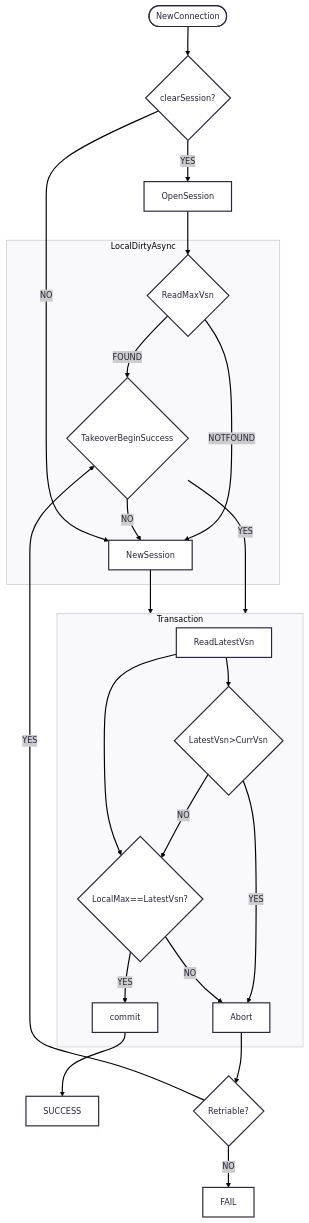
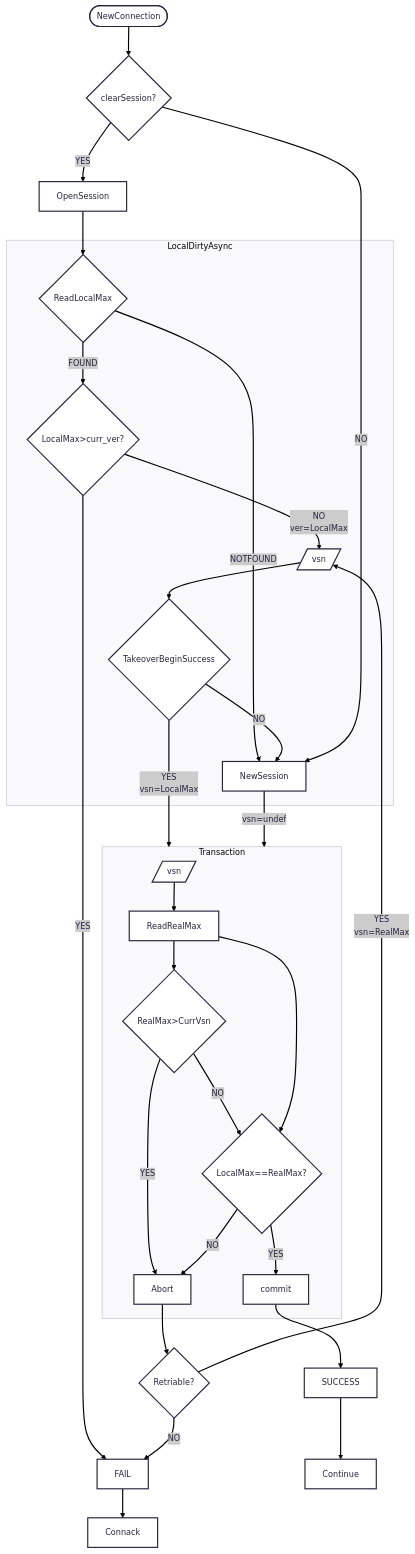
The diagram in active/0030-emqx_linear_channel_registry.md (emqx/eip), drawn with Mermaid before and after one commit. The commit also changed other lines of this file, not shown here.

````diff
--- a/active/0030-emqx_linear_channel_registry.md
+++ b/active/0030-emqx_linear_channel_registry.md
@@ -110,45 +121,62 @@
 ```mermaid
 ---
 config:
   theme: redux
 ---
 flowchart TD
     A(["NewConnection"]) --> B{"clearSession?"};
-
+   
     B -- YES --> D["OpenSession"];
-    D --> E{"ReadMaxVsn"};
-    E -- FOUND --> F{"TakeoverBeginSuccess"};
+    D --> E{"ReadLocalMax"};    
+    E -- FOUND --> E1{"LocalMax>curr_ver?"}
+    F0@{shape: lean-r, label: "vsn"}
+    E1 -- "`NO
+    ver=LocalMax`" --> F0
+    F0 --> F{"TakeoverBeginSuccess"};
+    E1 -- YES --> L2
 
     E -- NOTFOUND --> C;
-    F -- YES --> Transaction
+    F -- "`YES
+    vsn=LocalMax`" --> Transaction
 
     F -- NO --> C;
     B -- NO --> C["NewSession"];
 
-    H["ReadLatestVsn"]
-    H --> H1{"LatestVsn>CurrVsn"}
+    H0@{shape: lean-r, label: "vsn"}
+    H0 --> H["ReadRealMax"]
+    H --> H1{"RealMax>CurrVsn"}
     H1 -- YES --> K
     H1 -- NO --> I
-    C --> Transaction
-    H --> I{"LocalMax==LatestVsn?"}
+    C --"vsn=undef"--> Transaction
+    H --> I{"LocalMax==RealMax?"}
     I -- NO --> K["Abort"]
     I -- YES --> J["commit"]
+    
     J --> L1["SUCCESS"]
     K --> M{Retriable?}
     M --NO--> L2["FAIL"]
-    M --YES--> F
+    M --"`YES
+    vsn=RealMax`"--> F0
+
+   L2 --> Z1["Connack"]
+   L1 --> Z0["Continue"]
 
     subgraph Transaction
+        H0
         H
         H1
         I
         J
         K
     end
 
     subgraph LocalDirtyAsync
     E
+    E1
+    F0
     F
     C
     end
+
+
 ```
````
